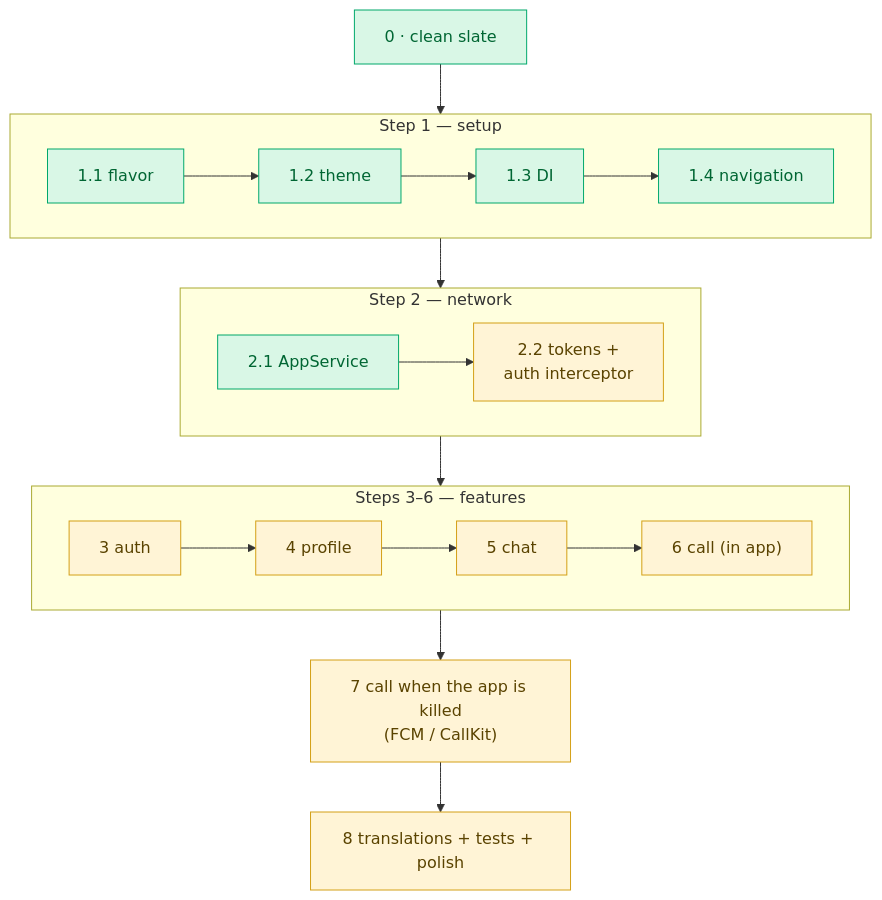
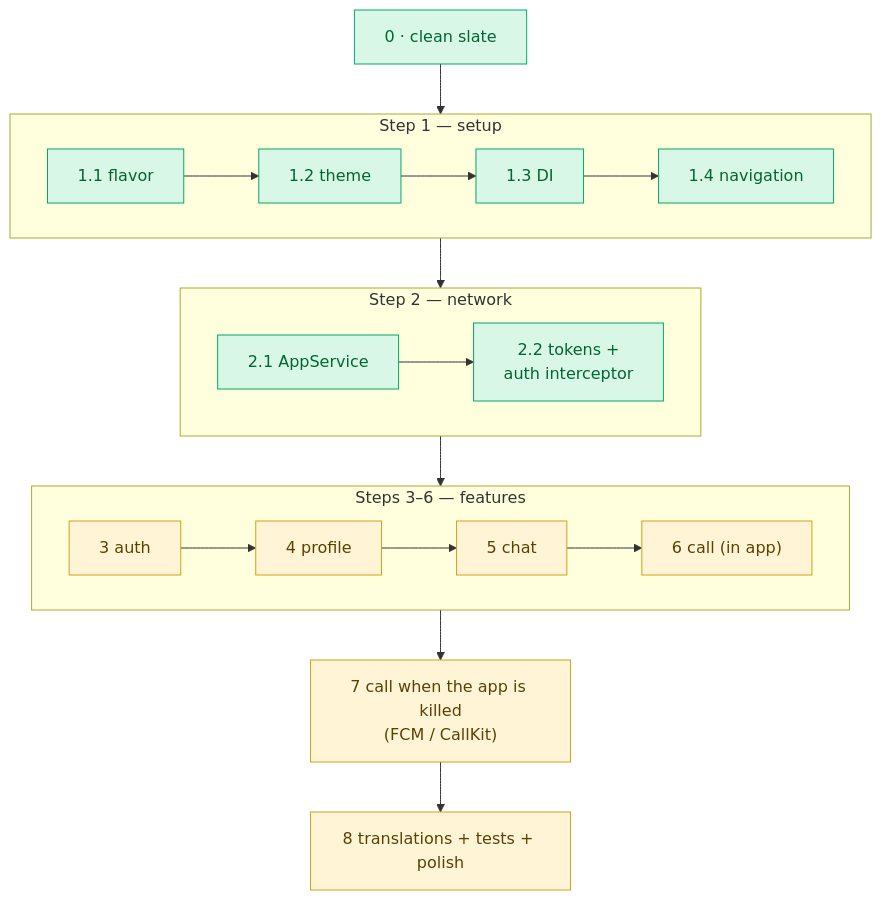
The third of 3 diagrams in docs/learning/REBUILD/README.md (krouchvanyda/erp_flutter_claude), drawn with Mermaid before and after one commit. The commit also changed other lines of this file and 12 other files, not shown here.

````diff
--- a/docs/learning/REBUILD/README.md
+++ b/docs/learning/REBUILD/README.md
@@ -73,26 +73,26 @@
 ```mermaid
 flowchart TD
     S0["0 · clean slate"] --> STEP1
     subgraph STEP1["Step 1 — setup"]
         direction LR
         S11["1.1 flavor"] --> S12["1.2 theme"] --> S13["1.3 DI"] --> S14["1.4 navigation"]
     end
     STEP1 --> STEP2
     subgraph STEP2["Step 2 — network"]
         direction LR
         S21["2.1 AppService"] --> S22["2.2 tokens +<br/>auth interceptor"]
     end
     STEP2 --> FEATS
     subgraph FEATS["Steps 3–6 — features"]
         direction LR
         S3["3 auth"] --> S4["4 profile"] --> S5["5 chat"] --> S6["6 call (in app)"]
     end
     FEATS --> S7["7 call when the app is killed<br/>(FCM / CallKit)"] --> S8["8 translations + tests + polish"]
-    class S0,S11,S12,S13,S14,S21 ok
-    class S22,S3,S4,S5,S6,S7,S8 wait
+    class S0,S11,S12,S13,S14,S21,S22 ok
+    class S3,S4,S5,S6,S7,S8 wait
     classDef app fill:#dbe9ff,stroke:#3b6fd8,color:#123
     classDef ok fill:#d9f7e6,stroke:#00a86b,color:#063
     classDef wait fill:#fff4d6,stroke:#d4a017,color:#5a4300
     classDef none fill:#eeeeee,stroke:#999,color:#555
     classDef err fill:#fde2e2,stroke:#d64545,color:#611
 ```
````
